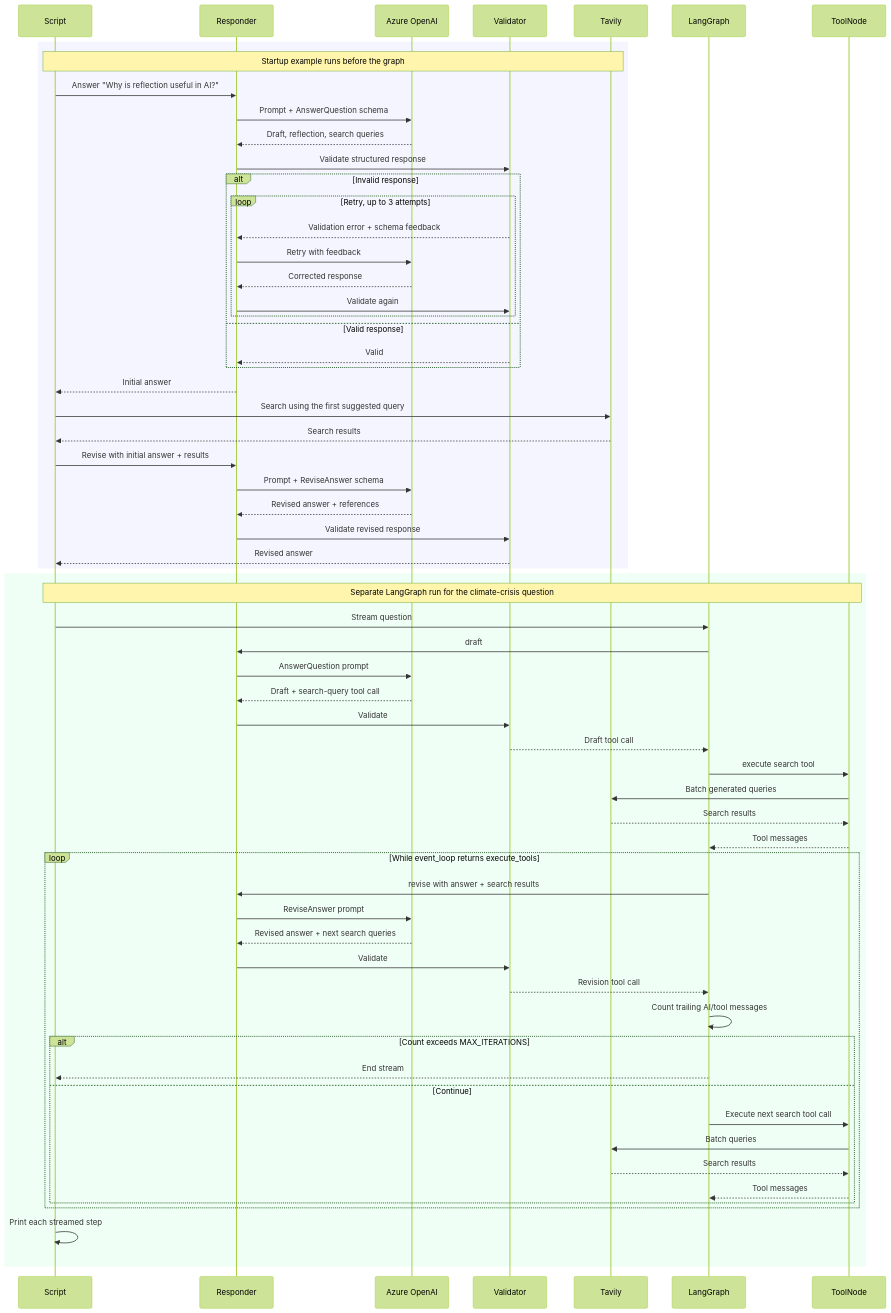
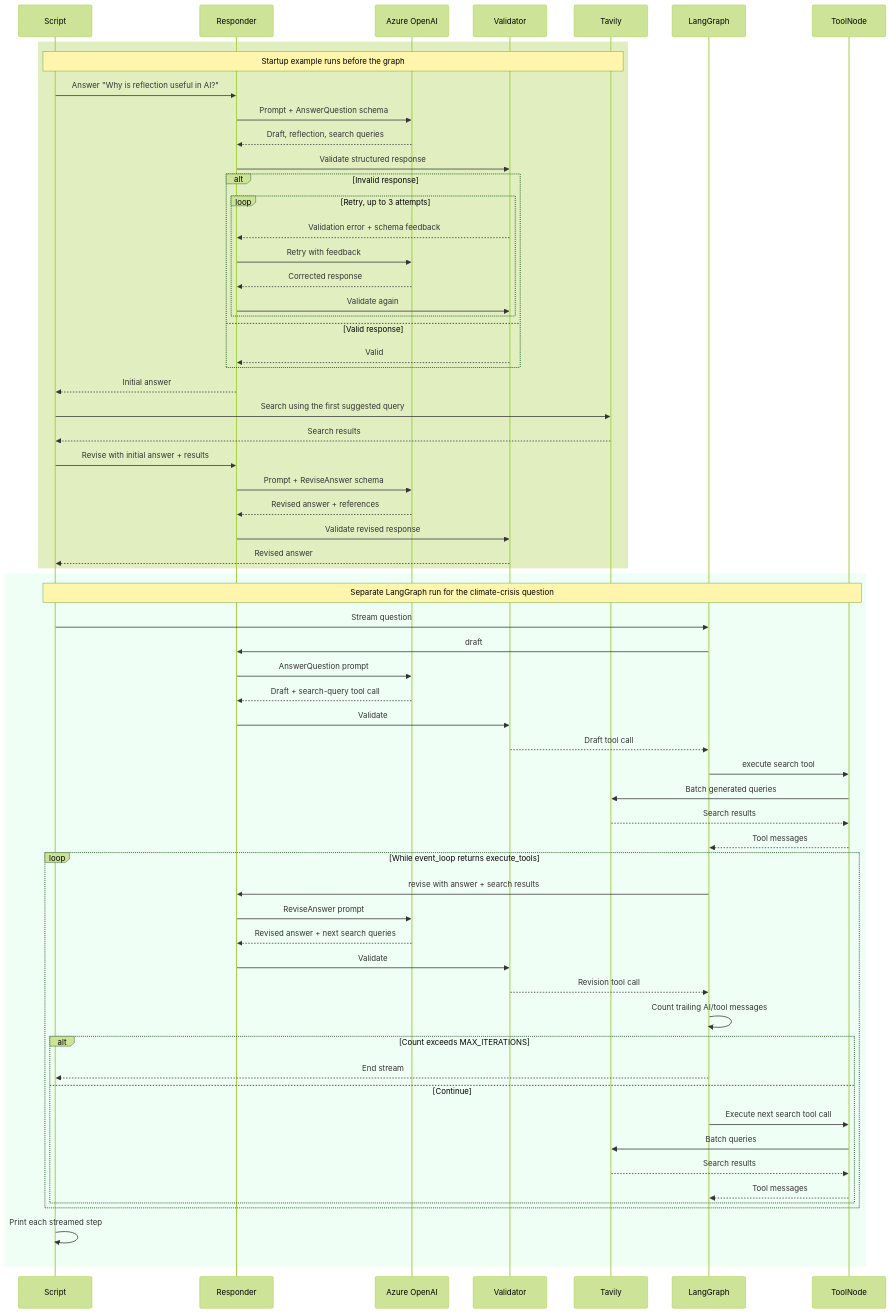
Before and after one commit to mkader/AI-Agents: the diagram in langchain/10.Reflexion.md, drawn with Mermaid (forest theme).

Commit message:
Fix formatting of diagram in Reflexion markdown

````diff
--- a/langchain/10.Reflexion.md
+++ b/langchain/10.Reflexion.md
@@ -368,68 +368,68 @@
 ```mermaid
 sequenceDiagram
     participant Script
     participant Responder
     participant Azure as Azure OpenAI
     participant Validator
     participant Tavily
     participant Graph as LangGraph
     participant Tools as ToolNode
 
-    rect rgb(245, 245, 255)
+    rect 
         Note over Script,Tavily: Startup example runs before the graph
         Script->>Responder: Answer "Why is reflection useful in AI?"
         Responder->>Azure: Prompt + AnswerQuestion schema
         Azure-->>Responder: Draft, reflection, search queries
         Responder->>Validator: Validate structured response
         alt Invalid response
             loop Retry, up to 3 attempts
                 Validator-->>Responder: Validation error + schema feedback
                 Responder->>Azure: Retry with feedback
                 Azure-->>Responder: Corrected response
                 Responder->>Validator: Validate again
             end
         else Valid response
             Validator-->>Responder: Valid
         end
         Responder-->>Script: Initial answer
         Script->>Tavily: Search using the first suggested query
         Tavily-->>Script: Search results
         Script->>Responder: Revise with initial answer + results
         Responder->>Azure: Prompt + ReviseAnswer schema
         Azure-->>Responder: Revised answer + references
         Responder->>Validator: Validate revised response
         Validator-->>Script: Revised answer
     end
 
     rect rgb(240, 255, 245)
         Note over Script,Tools: Separate LangGraph run for the climate-crisis question
         Script->>Graph: Stream question
         Graph->>Responder: draft
         Responder->>Azure: AnswerQuestion prompt
         Azure-->>Responder: Draft + search-query tool call
         Responder->>Validator: Validate
         Validator-->>Graph: Draft tool call
         Graph->>Tools: execute search tool
         Tools->>Tavily: Batch generated queries
         Tavily-->>Tools: Search results
         Tools-->>Graph: Tool messages
 
         loop While event_loop returns execute_tools
             Graph->>Responder: revise with answer + search results
             Responder->>Azure: ReviseAnswer prompt
             Azure-->>Responder: Revised answer + next search queries
             Responder->>Validator: Validate
             Validator-->>Graph: Revision tool call
             Graph->>Graph: Count trailing AI/tool messages
             alt Count exceeds MAX_ITERATIONS
                 Graph-->>Script: End stream
             else Continue
                 Graph->>Tools: Execute next search tool call
                 Tools->>Tavily: Batch queries
                 Tavily-->>Tools: Search results
                 Tools-->>Graph: Tool messages
             end
         end
         Script->>Script: Print each streamed step
     end
 ```
````
